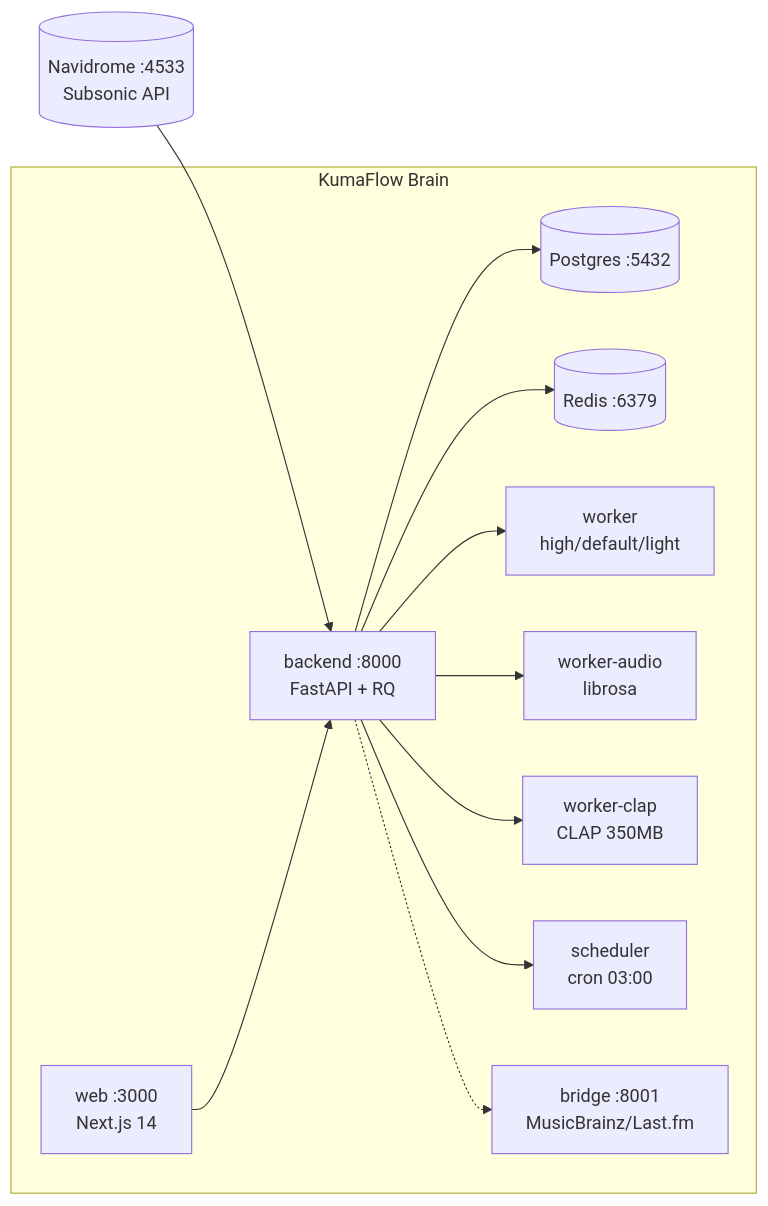
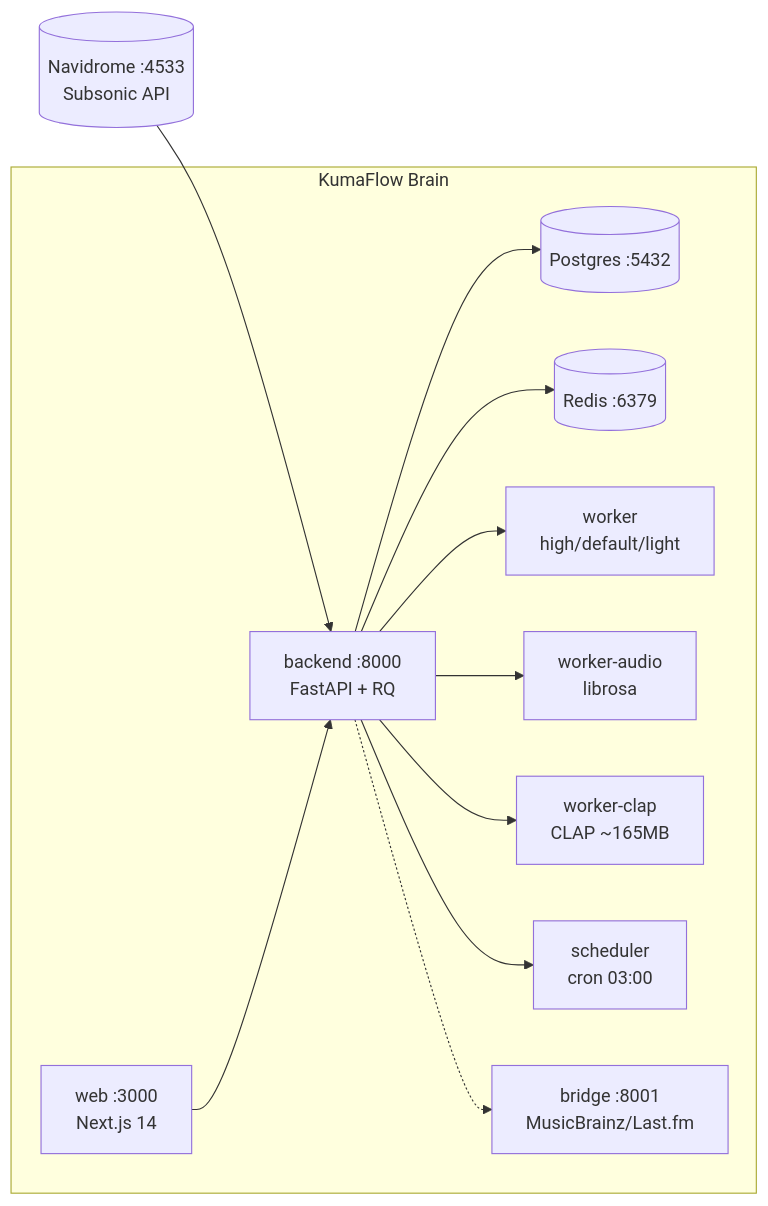
Before and after one commit to mrSaT13/kumaflow-brain: the diagram in README.md, drawn with Mermaid. The commit also changed other lines of this file, not shown here.

Commit message:
docs(readme): fix CLAP/lyrics facts, add smart-wave features

````diff
--- a/README.md
+++ b/README.md
@@ -55,14 +56,14 @@
 ```mermaid
 graph LR
   Navidrome[(Navidrome :4533<br/>Subsonic API)] --> Backend
   subgraph KumaFlow Brain
     Web[web :3000<br/>Next.js 14] --> Backend[backend :8000<br/>FastAPI + RQ]
     Backend --> PG[(Postgres :5432)]
     Backend --> RD[(Redis :6379)]
     Backend --> W1[worker<br/>high/default/light]
     Backend --> W2[worker-audio<br/>librosa]
-    Backend --> W3[worker-clap<br/>CLAP 350MB]
+    Backend --> W3[worker-clap<br/>CLAP ~165MB]
     Backend --> SCH[scheduler<br/>cron 03:00]
     Backend -.-> BR[bridge :8001<br/>MusicBrainz/Last.fm]
   end
 ```
````
